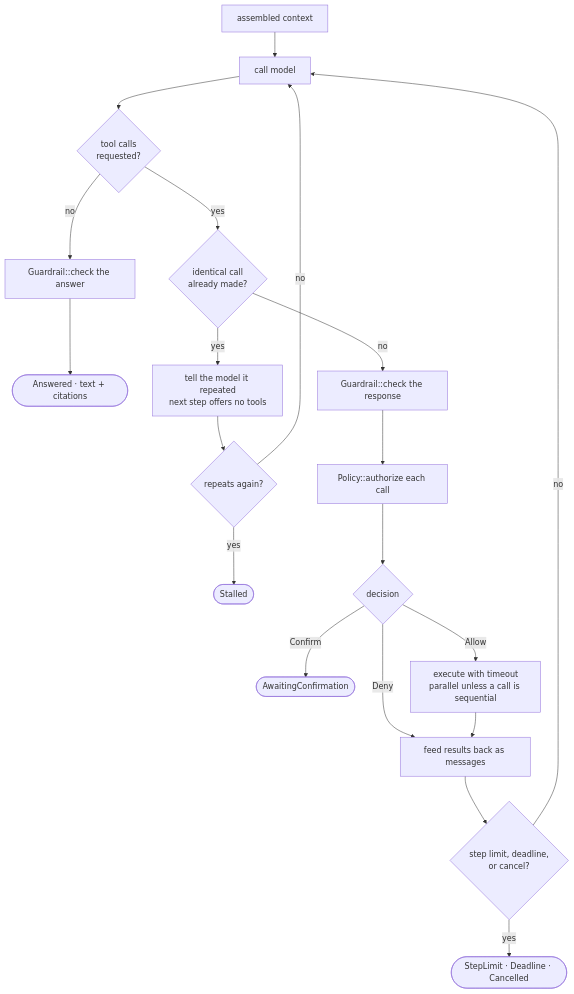
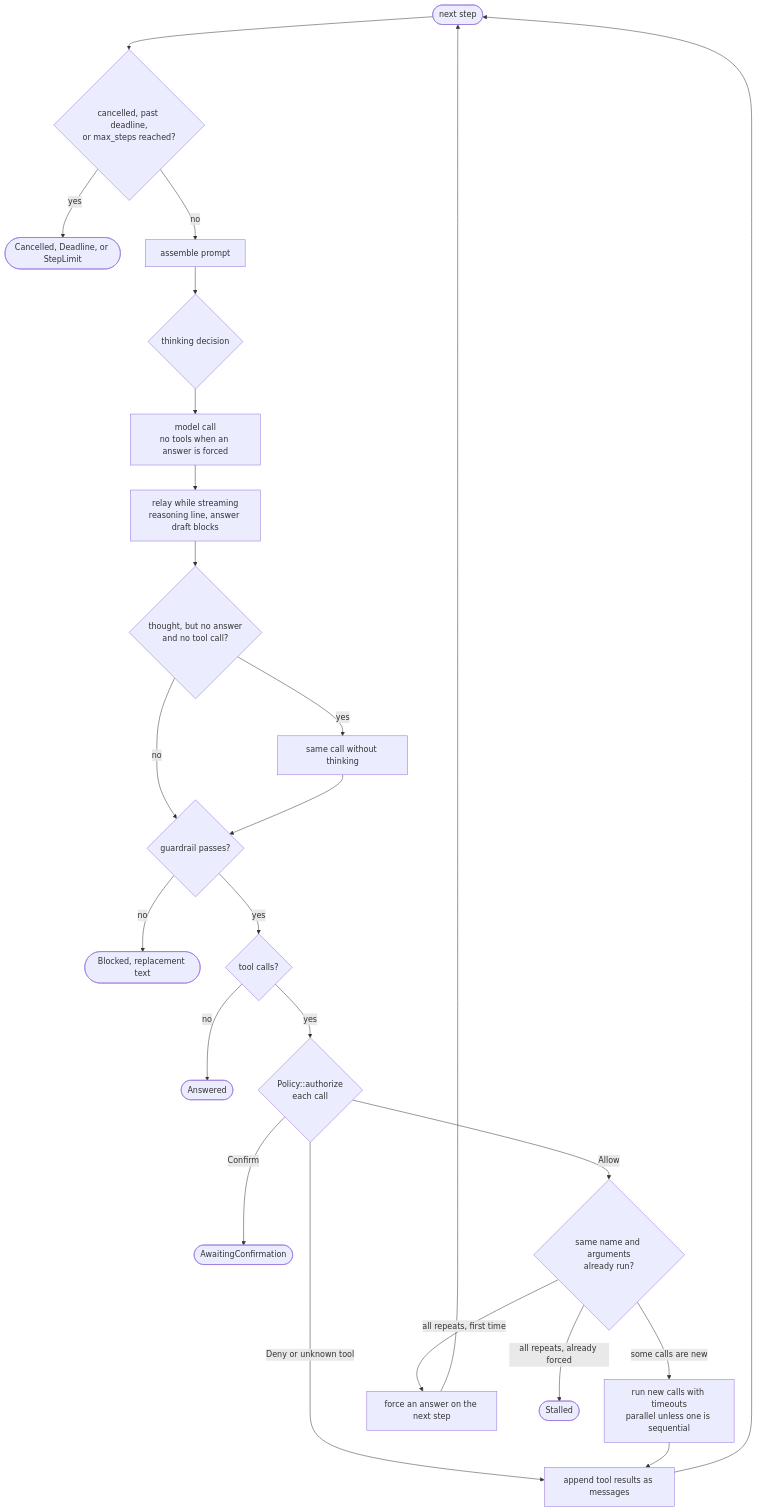
One commit to ashworks1706/SparkyAI changed the fourth of 10 diagrams in docs/ARCHITECTURE.md. Above: the diagram before and after it, drawn with Mermaid. The commit also changed other lines of this file and 180 other files, not shown here.

````diff
--- a/docs/ARCHITECTURE.md
+++ b/docs/ARCHITECTURE.md
@@ -270,22 +323,26 @@
 ```mermaid
 flowchart TD
-    ASM["assembled context"] --> CALL["call model"]
-    CALL --> ANS{"tool calls<br/>requested?"}
-    ANS -->|no| OUT["Guardrail::check the answer"]
-    OUT --> DONE(["Answered · text + citations"])
-    ANS -->|yes| REPEAT{"identical call<br/>already made?"}
-    REPEAT -->|yes| FORCE["tell the model it repeated<br/>next step offers no tools"]
-    FORCE --> AGAIN{"repeats again?"}
-    AGAIN -->|yes| STALLED(["Stalled"])
-    AGAIN -->|no| CALL
-    REPEAT -->|no| GUARD["Guardrail::check the response"]
-    GUARD --> POL["Policy::authorize each call"]
-    POL --> DEC{"decision"}
-    DEC -->|Deny| FEED
-    DEC -->|Confirm| WAIT(["AwaitingConfirmation"])
-    DEC -->|Allow| EXEC["execute with timeout<br/>parallel unless a call is sequential"]
-    EXEC --> FEED["feed results back as messages"]
-    FEED --> LIMIT{"step limit, deadline,<br/>or cancel?"}
-    LIMIT -->|yes| STOP(["StepLimit · Deadline · Cancelled"])
-    LIMIT -->|no| CALL
+    TOP(["next step"]) --> LIMIT{"cancelled, past deadline,<br/>or max_steps reached?"}
+    LIMIT -->|yes| STOP(["Cancelled, Deadline, or StepLimit"])
+    LIMIT -->|no| ASM["assemble prompt"]
+    ASM --> THINK{"thinking decision"}
+    THINK --> CALL["model call<br/>no tools when an answer is forced"]
+    CALL --> RELAY["relay while streaming<br/>reasoning line, answer draft blocks"]
+    RELAY --> SPENT{"thought, but no answer<br/>and no tool call?"}
+    SPENT -->|yes| PLAIN["same call without thinking"]
+    SPENT -->|no| GUARD
+    PLAIN --> GUARD{"guardrail passes?"}
+    GUARD -->|no| BLOCKED(["Blocked, replacement text"])
+    GUARD -->|yes| CALLS{"tool calls?"}
+    CALLS -->|no| ANSWER(["Answered"])
+    CALLS -->|yes| POLICY{"Policy::authorize<br/>each call"}
+    POLICY -->|Confirm| HOLD(["AwaitingConfirmation"])
+    POLICY -->|"Deny or unknown tool"| FEED
+    POLICY -->|Allow| REPEAT{"same name and arguments<br/>already run?"}
+    REPEAT -->|"some calls are new"| EXEC["run new calls with timeouts<br/>parallel unless one is sequential"]
+    REPEAT -->|"all repeats, first time"| FORCE["force an answer on the next step"]
+    REPEAT -->|"all repeats, already forced"| STALLED(["Stalled"])
+    EXEC --> FEED["append tool results as messages"]
+    FEED --> TOP
+    FORCE --> TOP
 ```
````
